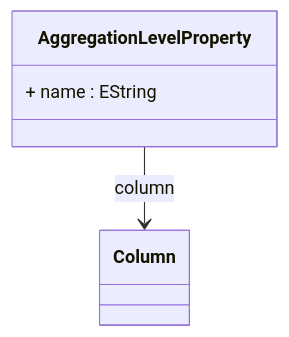
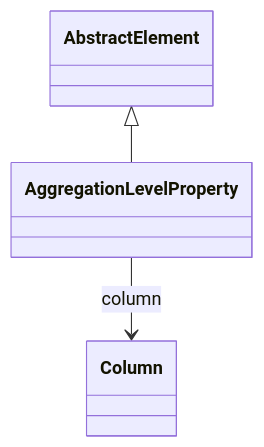
One commit to eclipse-daanse/eclipse-daanse.github.io changed the diagram in docs/cubeserver/model/class-AggregationLevelProperty.md. Above: the diagram before and after it, drawn with Mermaid. The commit also changed other lines of this file and 138 other files, not shown here.

````diff
--- a/docs/cubeserver/model/class-AggregationLevelProperty.md
+++ b/docs/cubeserver/model/class-AggregationLevelProperty.md
@@ -72,10 +65,9 @@
 ```mermaid
 classDiagram
   class AggregationLevelProperty {
-    + name : EString
   }
 
-
+  AbstractElement <|-- AggregationLevelProperty
   AggregationLevelProperty --> Column : column
 
 ```
````
